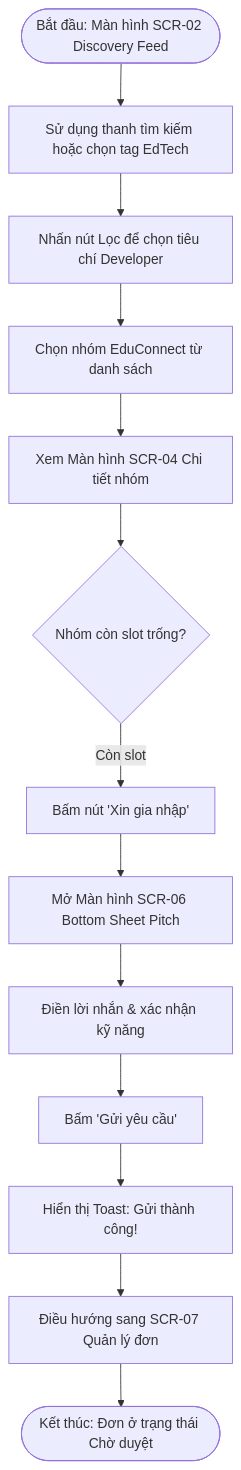
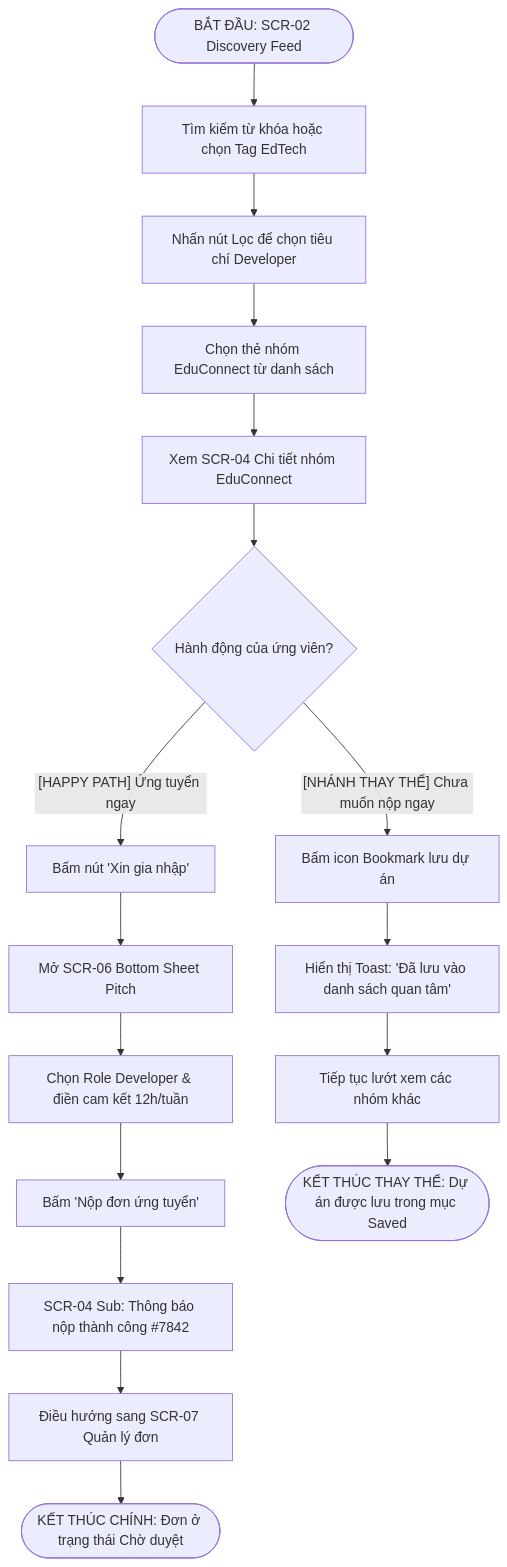
The first of 3 diagrams in ux/user-flow.md (LuTu-2004/prm323-lab2-group4), drawn with Mermaid before and after one commit. The commit also changed other lines of this file and 1 other file, not shown here.

Commit message:
docs: enrich user flows with explicit alternative and recovery branches per rubric

````diff
--- a/ux/user-flow.md
+++ b/ux/user-flow.md
@@ -44,15 +46,23 @@
 ```mermaid
 flowchart TD
-    Start([Bắt đầu: Màn hình SCR-02 Discovery Feed]) --> Search[Sử dụng thanh tìm kiếm hoặc chọn tag EdTech]
+    Start([BẮT ĐẦU: SCR-02 Discovery Feed]) --> Search[Tìm kiếm từ khóa hoặc chọn Tag EdTech]
     Search --> Filter[Nhấn nút Lọc để chọn tiêu chí Developer]
-    Filter --> ViewGroup[Chọn nhóm EduConnect từ danh sách]
-    ViewGroup --> Detail[Xem Màn hình SCR-04 Chi tiết nhóm]
-    Detail --> CheckSlot{Nhóm còn slot trống?}
-    CheckSlot -- Còn slot --> ClickApply[Bấm nút 'Xin gia nhập']
-    ClickApply --> OpenPitch[Mở Màn hình SCR-06 Bottom Sheet Pitch]
-    OpenPitch --> FillForm[Điền lời nhắn & xác nhận kỹ năng]
-    FillForm --> Submit[Bấm 'Gửi yêu cầu']
-    Submit --> ShowSuccess[Hiển thị Toast: Gửi thành công!]
+    Filter --> ViewGroup[Chọn thẻ nhóm EduConnect từ danh sách]
+    ViewGroup --> Detail[Xem SCR-04 Chi tiết nhóm EduConnect]
+    Detail --> Decision{Hành động của ứng viên?}
+
+    %% Nhánh thành công (Happy Path)
+    Decision -- [HAPPY PATH] Ứng tuyển ngay --> ClickApply[Bấm nút 'Xin gia nhập']
+    ClickApply --> OpenPitch[Mở SCR-06 Bottom Sheet Pitch]
+    OpenPitch --> FillForm[Chọn Role Developer & điền cam kết 12h/tuần]
+    FillForm --> Submit[Bấm 'Nộp đơn ứng tuyển']
+    Submit --> ShowSuccess[SCR-04 Sub: Thông báo nộp thành công #7842]
     ShowSuccess --> NavManage[Điều hướng sang SCR-07 Quản lý đơn]
-    NavManage --> End([Kết thúc: Đơn ở trạng thái Chờ duyệt])
+    NavManage --> EndHappy([KẾT THÚC CHÍNH: Đơn ở trạng thái Chờ duyệt])
+
+    %% Nhánh thay thế (Alternative Path)
+    Decision -- [NHÁNH THAY THẾ] Chưa muốn nộp ngay --> ClickBookmark[Bấm icon Bookmark lưu dự án]
+    ClickBookmark --> ToastSaved[Hiển thị Toast: 'Đã lưu vào danh sách quan tâm']
+    ToastSaved --> ContinueBrowsing[Tiếp tục lướt xem các nhóm khác]
+    ContinueBrowsing --> EndAlt([KẾT THÚC THAY THẾ: Dự án được lưu trong mục Saved])
 ```
````
